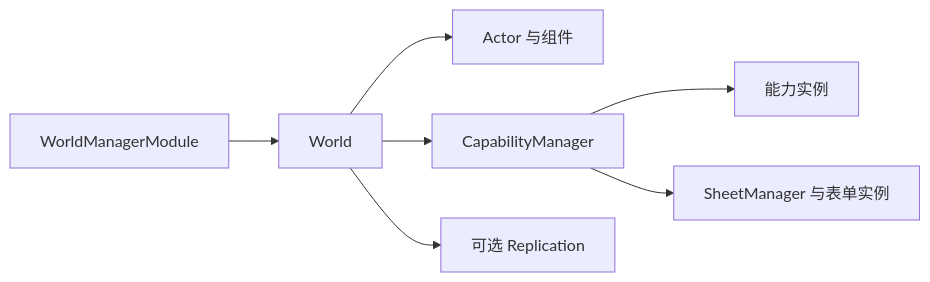
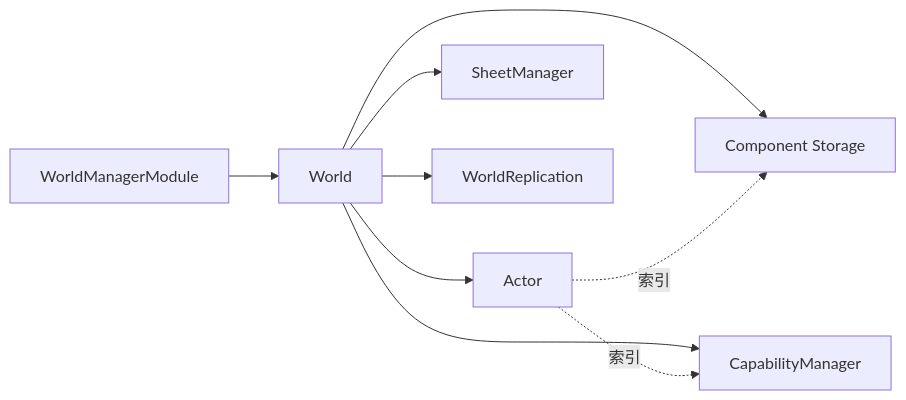
One commit to verloren-droom/Verve changed the first of 2 diagrams in Verve.Core/Runtime/ACC/README.md. Above: the diagram before and after it, drawn with Mermaid. The commit also changed other lines of this file and 145 other files, not shown here.

Commit message:
feat(acc.editor,flow,readme): 增加ACC时间轴功能、线性流程功能和调整文档。

````diff
--- a/Verve.Core/Runtime/ACC/README.md
+++ b/Verve.Core/Runtime/ACC/README.md
@@ -15,9 +17,11 @@
 ```mermaid
 flowchart LR
     M[WorldManagerModule] --> W[World]
-    W --> A[Actor 与组件]
-    W --> C[CapabilityManager]
-    C --> B[能力实例]
-    C --> S[SheetManager 与表单实例]
-    W --> R[可选 Replication]
+    W --> A[Actor]
+    W --> C[Component Storage]
+    W --> B[CapabilityManager]
+    W --> S[SheetManager]
+    W --> R[WorldReplication]
+    A -.索引.-> C
+    A -.索引.-> B
 ```
````
